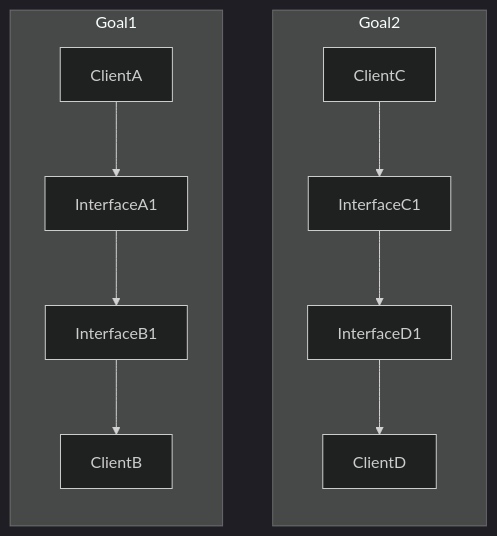
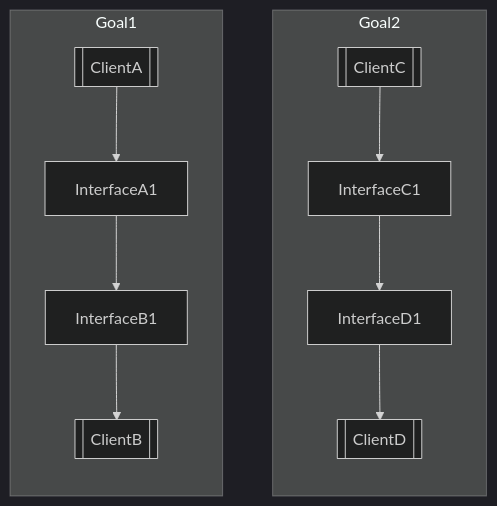
Before and after one commit to rikeda-cloud/net_practice: the first of 2 diagrams in level1.md, drawn with Mermaid (dark theme). The commit also changed other lines of this file and 6 other files, not shown here.

````diff
--- a/level1.md
+++ b/level1.md
@@ -12,19 +12,19 @@
 ```mermaid
 flowchart
 subgraph Goal2
     direction TB
-    CL_C[ClientC]
-    CL_D[ClientD]
+    CL_C[[ClientC]]
+    CL_D[[ClientD]]
     IF_C[InterfaceC1]
     IF_D[InterfaceD1]
     CL_C-->IF_C-->IF_D-->CL_D
 end
 subgraph Goal1
     direction TB
-    CL_A[ClientA]
-    CL_B[ClientB]
+    CL_A[[ClientA]]
+    CL_B[[ClientB]]
     IF_A[InterfaceA1]
     IF_B[InterfaceB1]
     CL_A-->IF_A-->IF_B-->CL_B
 end
 ```
````
